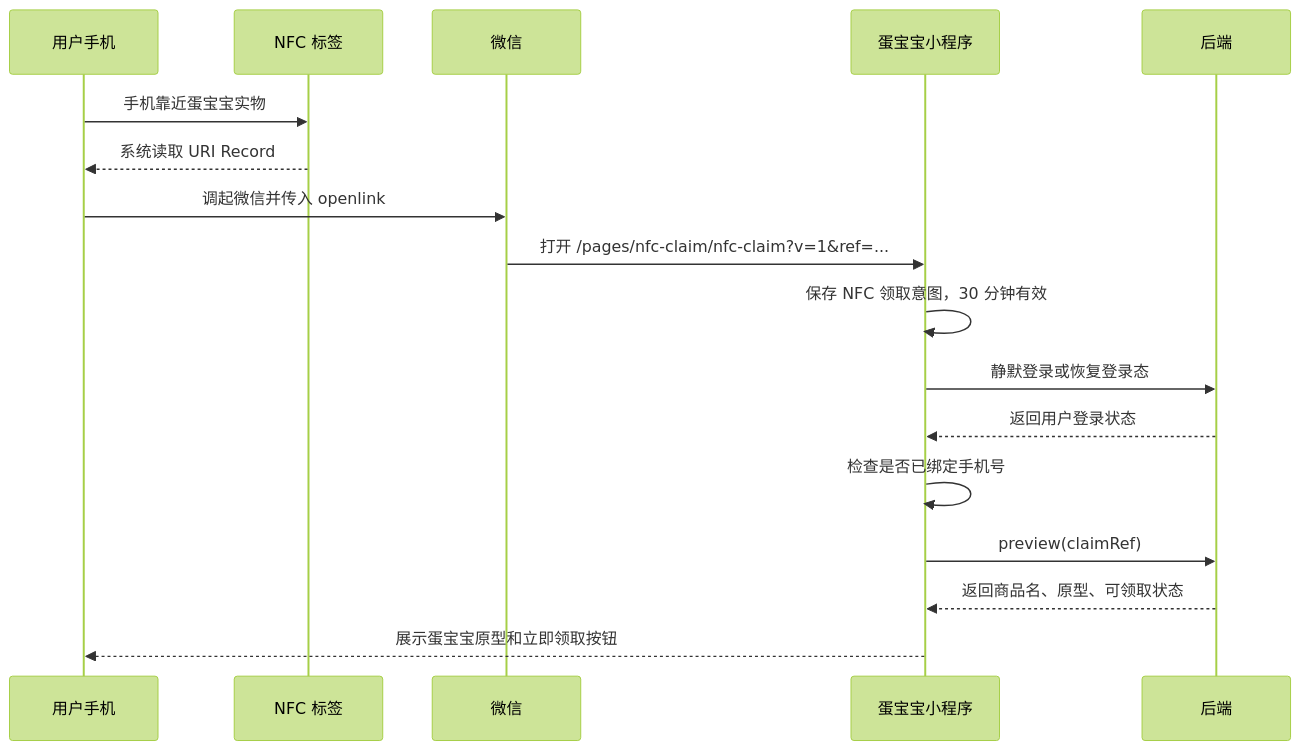
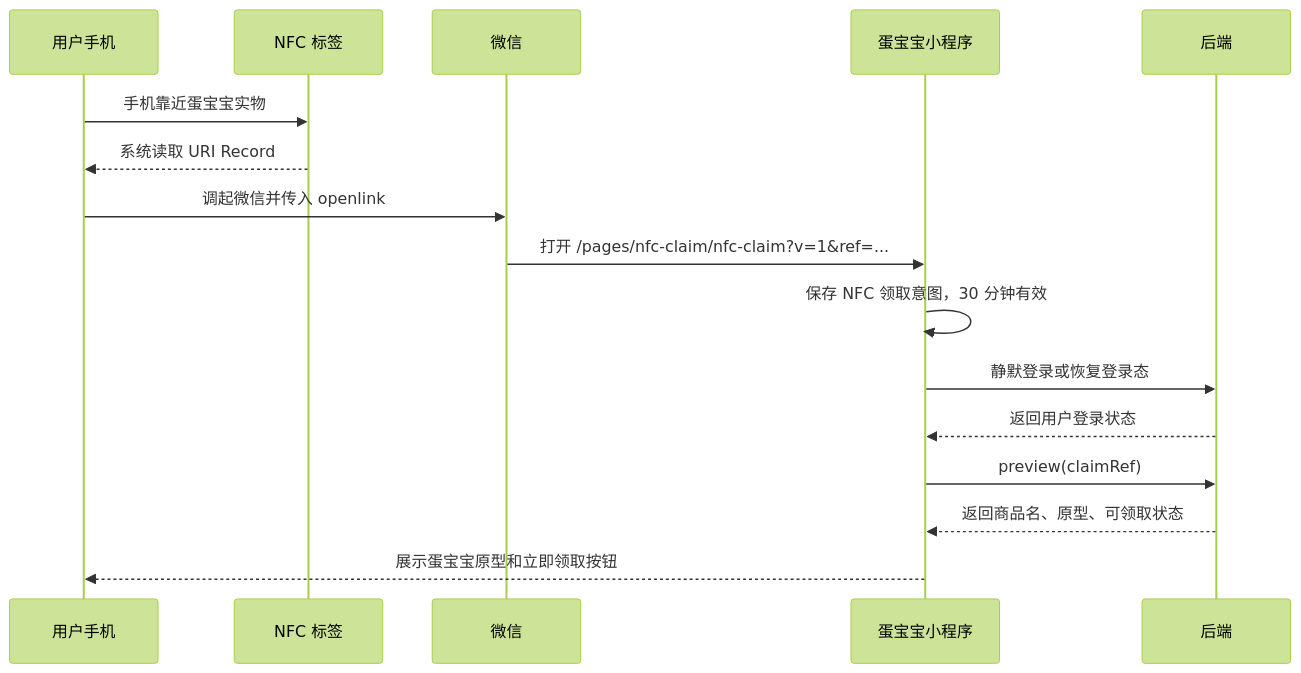
One commit to haixinke/xiaozhi-esp32-server changed the ninth of 20 diagrams in docs/nfc/egg-nfc-lifecycle-flow.md. Above: the diagram before and after it, drawn with Mermaid (forest theme). The commit also changed other lines of this file and 104 other files, not shown here.

````diff
--- a/docs/nfc/egg-nfc-lifecycle-flow.md
+++ b/docs/nfc/egg-nfc-lifecycle-flow.md
@@ -324,20 +325,19 @@
 ```mermaid
 sequenceDiagram
     participant U as 用户手机
     participant NFC as NFC 标签
     participant WX as 微信
     participant MINI as 蛋宝宝小程序
     participant API as 后端
 
     U->>NFC: 手机靠近蛋宝宝实物
     NFC-->>U: 系统读取 URI Record
     U->>WX: 调起微信并传入 openlink
     WX->>MINI: 打开 /pages/nfc-claim/nfc-claim?v=1&ref=...
     MINI->>MINI: 保存 NFC 领取意图，30 分钟有效
     MINI->>API: 静默登录或恢复登录态
     API-->>MINI: 返回用户登录状态
-    MINI->>MINI: 检查是否已绑定手机号
     MINI->>API: preview(claimRef)
     API-->>MINI: 返回商品名、原型、可领取状态
     MINI-->>U: 展示蛋宝宝原型和立即领取按钮
 ```
````
